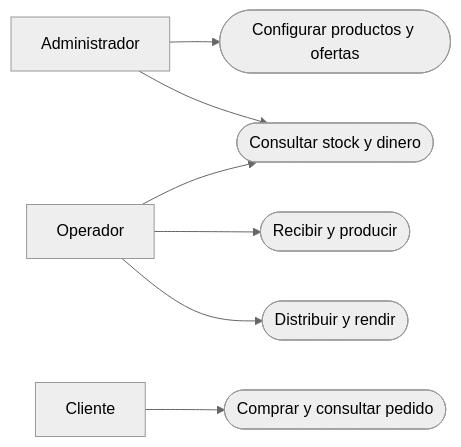
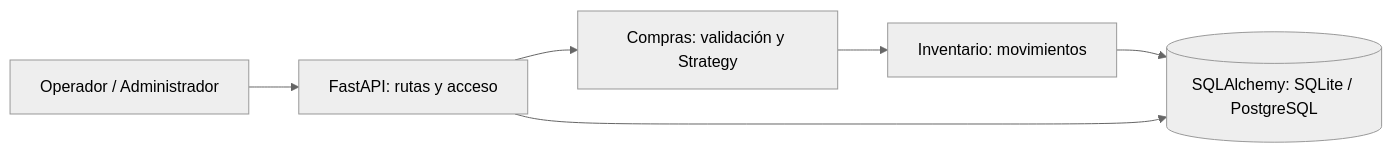
Before and after one commit to Jorge10192/TP-Programacion2-UNSAM-2C2026: the first of 4 diagrams in Proyecto-3-AppAdmin-Mascotas/Ingenieria de Software/Documentacion.md, drawn with Mermaid (neutral theme). The commit also changed other lines of this file and 69 other files, not shown here.

````diff
--- a/Proyecto-3-AppAdmin-Mascotas/Ingenieria de Software/Documentacion.md
+++ b/Proyecto-3-AppAdmin-Mascotas/Ingenieria de Software/Documentacion.md
@@ -49,9 +41,8 @@
 ```mermaid
 flowchart LR
-    A[Administrador] --> C1([Configurar productos y ofertas])
-    O[Operador] --> C2([Recibir y producir])
-    O --> C3([Distribuir y rendir])
-    K[Cliente] --> C4([Comprar y consultar pedido])
-    A --> C5([Consultar stock y dinero])
-    O --> C5
+    U[Operador / Administrador] --> A[FastAPI: rutas y acceso]
+    A --> C[Compras: validación y Strategy]
+    C --> I[Inventario: movimientos]
+    I --> D[(SQLAlchemy: SQLite / PostgreSQL)]
+    A --> D
 ```
````
